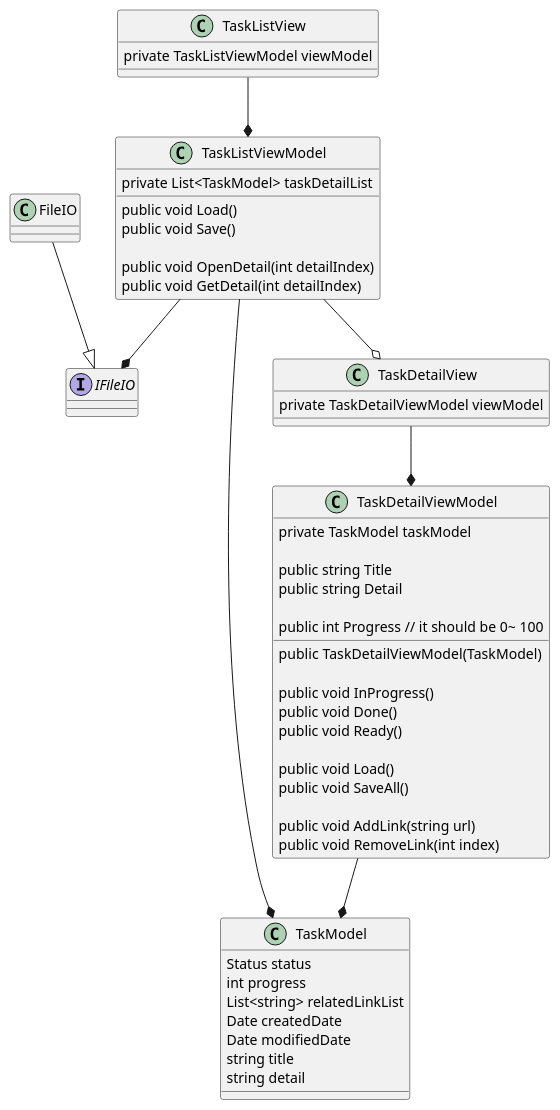
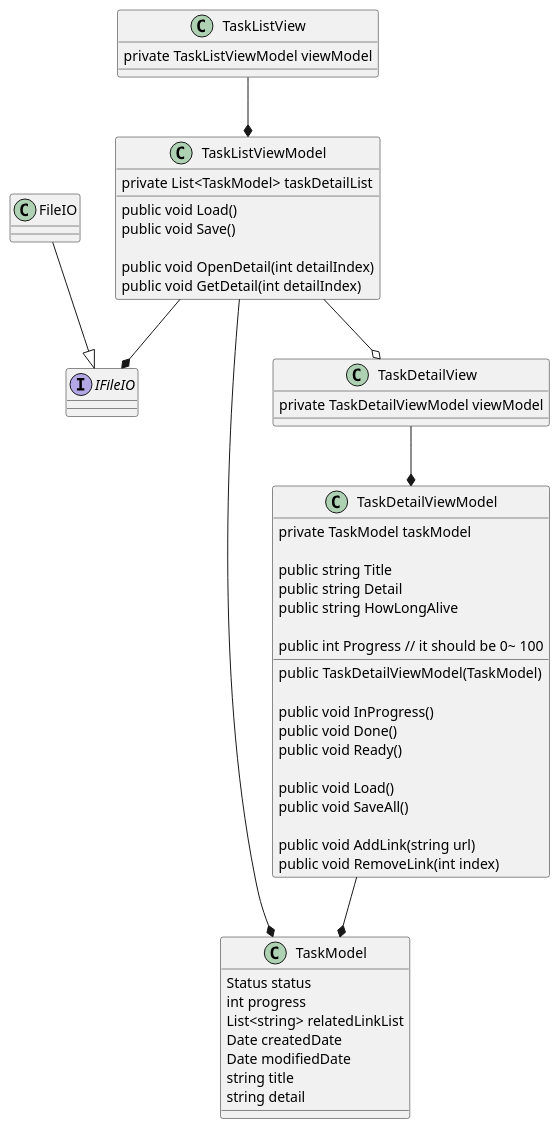
Before and after one commit to HoRockx2/winform_practice: the diagram in plantUML/TaskHelper.pu, drawn with PlantUML. The commit also changed 1 other file, not shown here.

```diff
--- a/plantUML/TaskHelper.pu
+++ b/plantUML/TaskHelper.pu
@@ -1,75 +1,76 @@
 @startuml
 class TaskModel
 class TaskDetailViewModel
 class TaskListViewModel
 
 class TaskDetailView
 class TaskListView
 
 interface IFileIO
 
 class FileIO
 
 class TaskModel {
     Status status
     int progress
     List<string> relatedLinkList
     Date createdDate
     Date modifiedDate
     string title
     string detail
 }
 
 class TaskDetailViewModel{
     private TaskModel taskModel
 
     public string Title
     public string Detail
+    public string HowLongAlive
 
     public int Progress // it should be 0~ 100
 
     public TaskDetailViewModel(TaskModel)
 
     public void InProgress()
     public void Done()
     public void Ready()
 
     public void Load()
     public void SaveAll()
 
     public void AddLink(string url)
     public void RemoveLink(int index)
 }
 
 class TaskListViewModel{
     private List<TaskModel> taskDetailList
     
     public void Load()
     public void Save()
 
     public void OpenDetail(int detailIndex)
     public void GetDetail(int detailIndex)
 }
 
 class TaskListView{
     private TaskListViewModel viewModel
 }
 
 class TaskDetailView{
     private TaskDetailViewModel viewModel
 }
 
 FileIO --|> IFileIO
 
 TaskListViewModel --* IFileIO
 
 TaskDetailViewModel --* TaskModel
 
 TaskDetailView --* TaskDetailViewModel
 
 TaskListViewModel --o TaskDetailView
 
 TaskListView --* TaskListViewModel
 TaskListViewModel --* TaskModel
 
 @enduml
```
